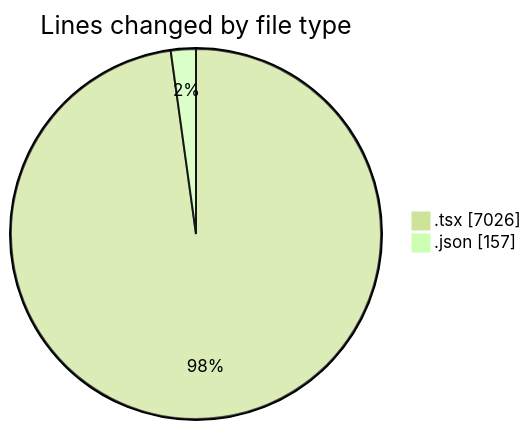
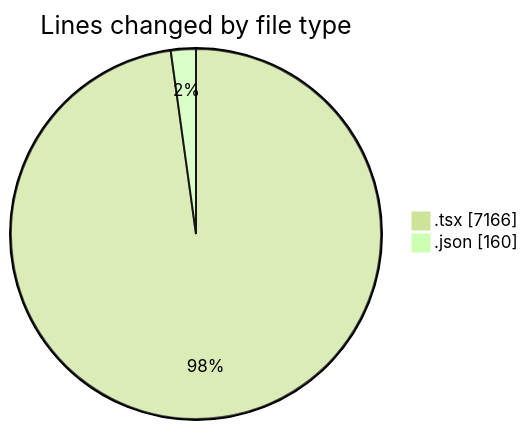
Before and after one commit to momahboobian/code-tracking: the first of 2 diagrams in 2026-11-13/broadcaster-v6-feature/README.md, drawn with Mermaid (forest theme). The commit also changed other lines of this file and 1 other file, not shown here.

````diff
--- a/2026-11-13/broadcaster-v6-feature/README.md
+++ b/2026-11-13/broadcaster-v6-feature/README.md
@@ -36,6 +37,6 @@
 ```mermaid
 pie showData
 title Lines changed by file type
-".tsx" : 7026
-".json" : 157
+".tsx" : 7166
+".json" : 160
 ```
````
